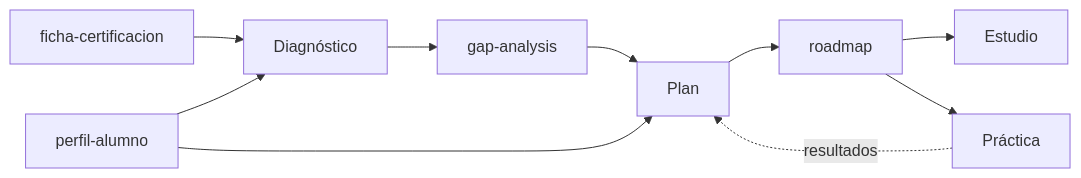
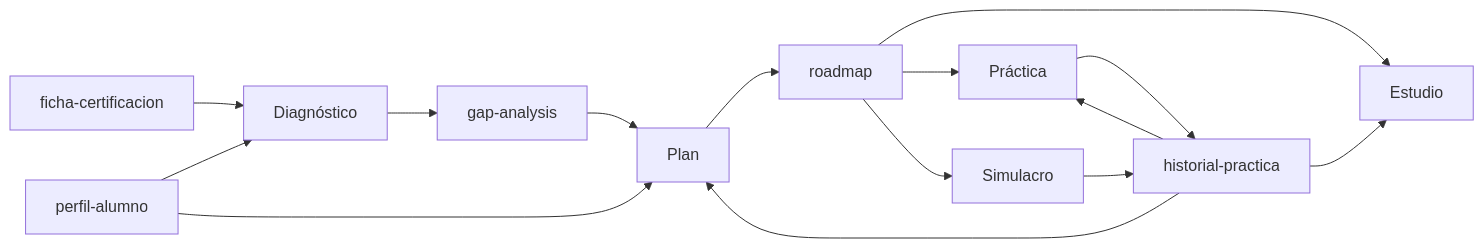
Before and after one commit to kasiuTech/estudia-certificaciones-con-ia: the diagram in README.md, drawn with Mermaid. The commit also changed other lines of this file and 11 other files, not shown here.

````diff
--- a/README.md
+++ b/README.md
@@ -42,12 +66,17 @@
 ```mermaid
 flowchart LR
     F[ficha-certificacion] --> D[Diagnóstico]
     P[perfil-alumno] --> D
     D --> G[gap-analysis]
     G --> PL[Plan]
     P --> PL
     PL --> R[roadmap]
     R --> E[Estudio]
-    R --> S[Práctica]
-    S -. resultados .-> PL
+    R --> PR[Práctica]
+    R --> S[Simulacro]
+    PR --> H[historial-practica]
+    S --> H
+    H --> PL
+    H --> E
+    H --> PR
 ```
````
